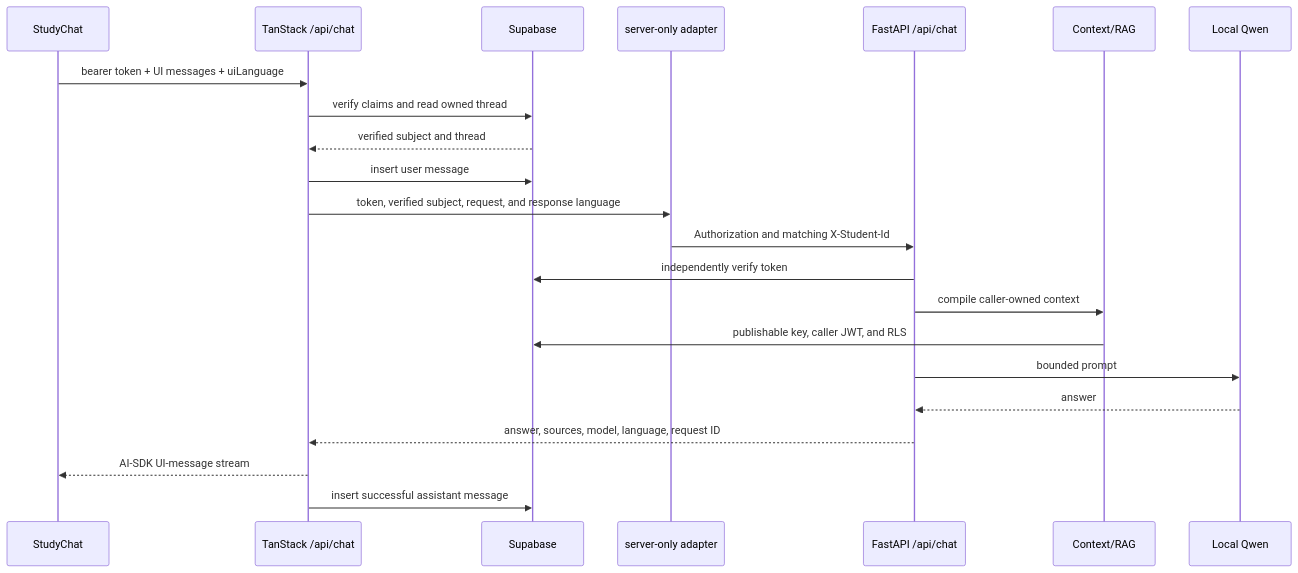
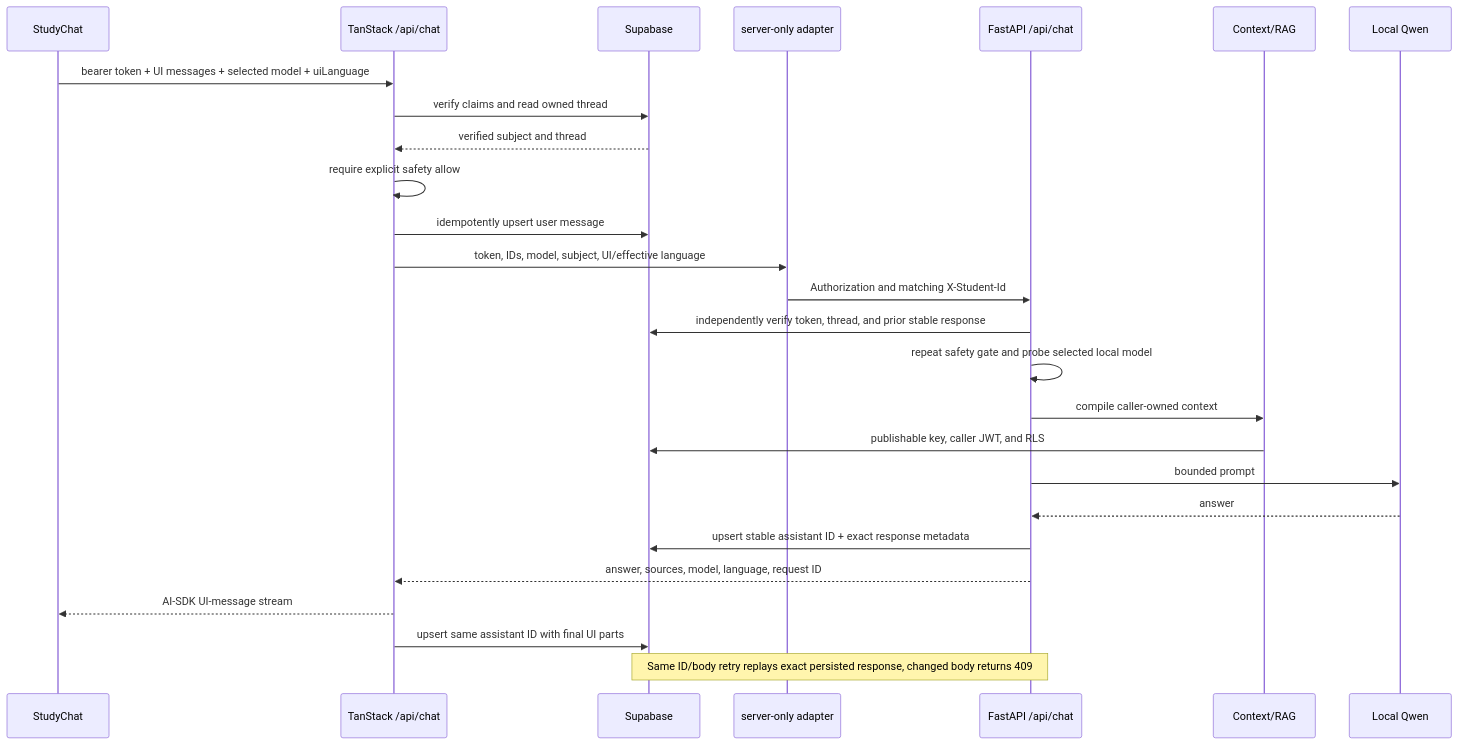
Before and after one commit to keyshavmor/study-swiss-star: the diagram in lovabledocs/sequences/SUBJECT_CHAT.mmd, drawn with Mermaid. The commit also changed 43 other files, not shown here.

```diff
--- a/lovabledocs/sequences/SUBJECT_CHAT.mmd
+++ b/lovabledocs/sequences/SUBJECT_CHAT.mmd
@@ -1,23 +1,27 @@
 %% Status: CURRENT — implemented
 sequenceDiagram
   participant Browser as StudyChat
   participant TS as TanStack /api/chat
   participant SB as Supabase
   participant Adapter as server-only adapter
   participant API as FastAPI /api/chat
   participant Ctx as Context/RAG
   participant Model as Local Qwen
-  Browser->>TS: bearer token + UI messages + uiLanguage
+  Browser->>TS: bearer token + UI messages + selected model + uiLanguage
   TS->>SB: verify claims and read owned thread
   SB-->>TS: verified subject and thread
-  TS->>SB: insert user message
-  TS->>Adapter: token, verified subject, request, and response language
+  TS->>TS: require explicit safety allow
+  TS->>SB: idempotently upsert user message
+  TS->>Adapter: token, IDs, model, subject, UI/effective language
   Adapter->>API: Authorization and matching X-Student-Id
-  API->>SB: independently verify token
+  API->>SB: independently verify token, thread, and prior stable response
+  API->>API: repeat safety gate and probe selected local model
   API->>Ctx: compile caller-owned context
   Ctx->>SB: publishable key, caller JWT, and RLS
   API->>Model: bounded prompt
   Model-->>API: answer
+  API->>SB: upsert stable assistant ID + exact response metadata
   API-->>TS: answer, sources, model, language, request ID
   TS-->>Browser: AI-SDK UI-message stream
-  TS->>SB: insert successful assistant message
+  TS->>SB: upsert same assistant ID with final UI parts
+  Note over API,SB: Same ID/body retry replays exact persisted response, changed body returns 409
```
